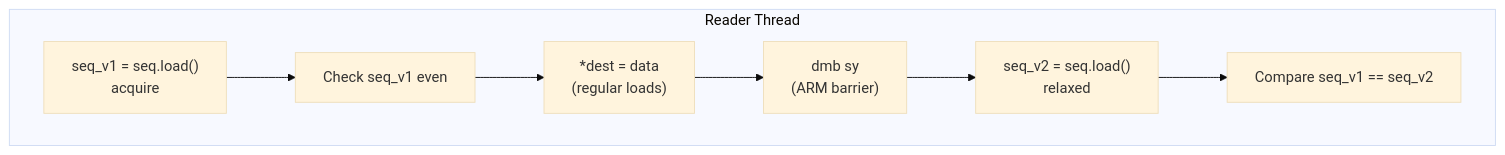
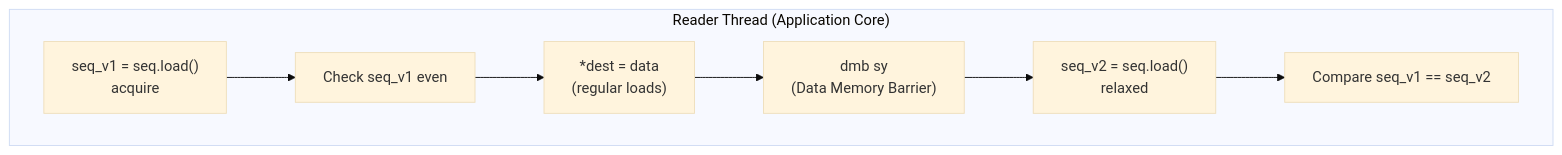
The fourth of 4 diagrams in wiki/8.3-synchronization-primitives.md (Jus-Be/orinayo-pico), drawn with Mermaid (base theme) before and after one commit. The commit also changed other lines of this file and 42 other files, not shown here.

````diff
--- a/wiki/8.3-synchronization-primitives.md
+++ b/wiki/8.3-synchronization-primitives.md
@@ -229,24 +229,24 @@
 ```mermaid
 flowchart TD
 
 R1["seq_v1 = seq.load()<br>acquire"]
 R2["Check seq_v1 even"]
 R3["*dest = data<br>(regular loads)"]
-R4["dmb sy<br>(ARM barrier)"]
+R4["dmb sy<br>(Data Memory Barrier)"]
 R5["seq_v2 = seq.load()<br>relaxed"]
 R6["Compare seq_v1 == seq_v2"]
 
-subgraph subGraph0 ["Reader Thread"]
+subgraph subGraph0 ["Reader Thread (Application Core)"]
     R1
     R2
     R3
     R4
     R5
     R6
     R1 --> R2
     R2 --> R3
     R3 --> R4
     R4 --> R5
     R5 --> R6
 end
 ```
````
